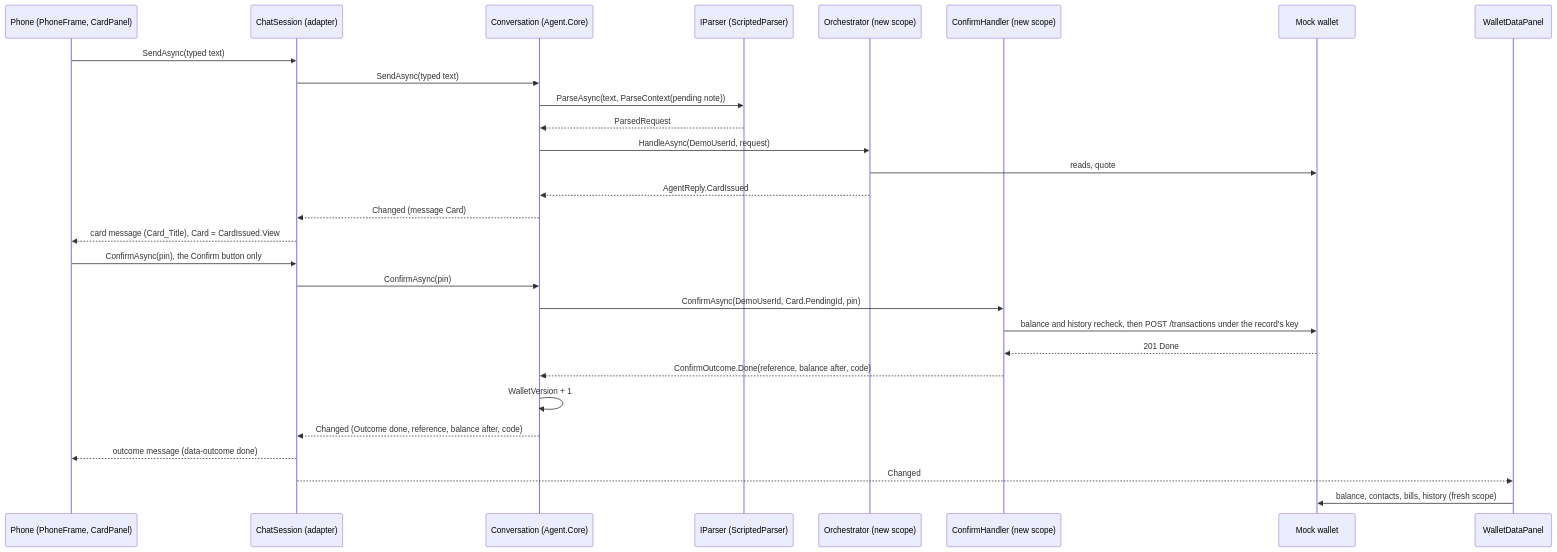
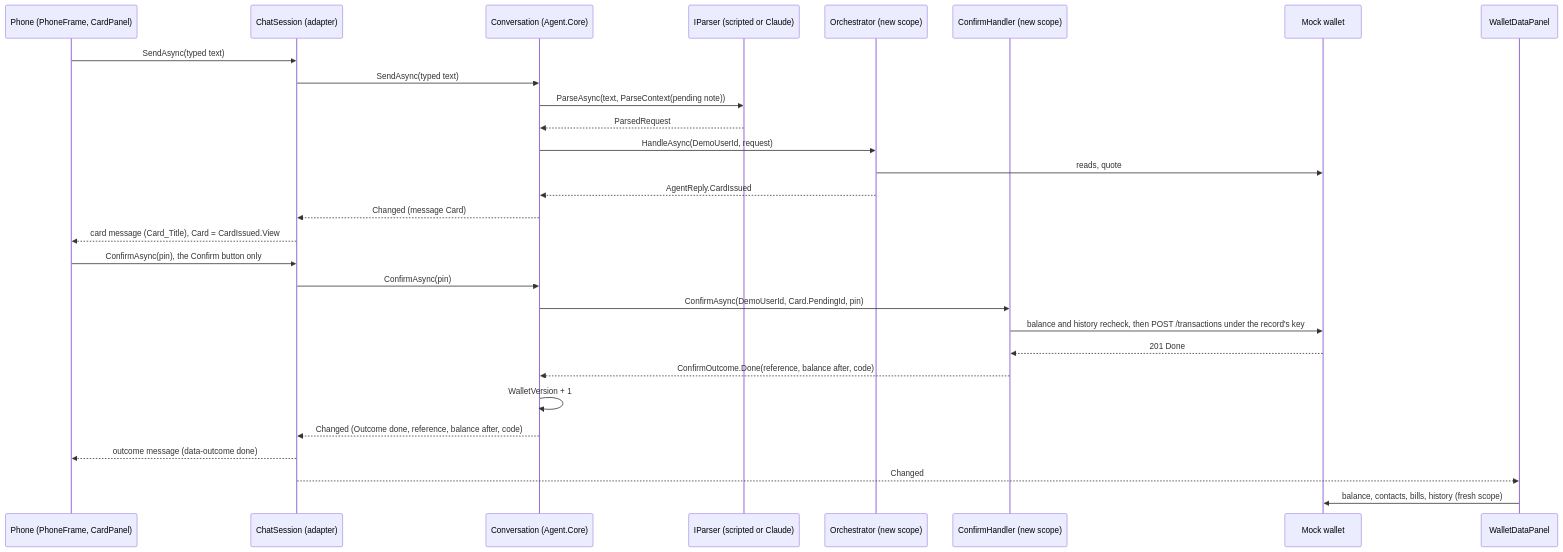
The second of 2 diagrams in docs/agent-web.md (Khalil-Alhadidi/Naqoli), drawn with Mermaid before and after one commit. The commit also changed other lines of this file and 6 other files, not shown here.

````diff
--- a/docs/agent-web.md
+++ b/docs/agent-web.md
@@ -71,32 +71,32 @@
 ```mermaid
 sequenceDiagram
     participant U as Phone (PhoneFrame, CardPanel)
     participant S as ChatSession (adapter)
     participant V as Conversation (Agent.Core)
-    participant P as IParser (ScriptedParser)
+    participant P as IParser (scripted or Claude)
     participant O as Orchestrator (new scope)
     participant C as ConfirmHandler (new scope)
     participant W as Mock wallet
     participant D as WalletDataPanel
 
     U->>S: SendAsync(typed text)
     S->>V: SendAsync(typed text)
     V->>P: ParseAsync(text, ParseContext(pending note))
     P-->>V: ParsedRequest
     V->>O: HandleAsync(DemoUserId, request)
     O->>W: reads, quote
     O-->>V: AgentReply.CardIssued
     V-->>S: Changed (message Card)
     S-->>U: card message (Card_Title), Card = CardIssued.View
     U->>S: ConfirmAsync(pin), the Confirm button only
     S->>V: ConfirmAsync(pin)
     V->>C: ConfirmAsync(DemoUserId, Card.PendingId, pin)
     C->>W: balance and history recheck, then POST /transactions under the record's key
     W-->>C: 201 Done
     C-->>V: ConfirmOutcome.Done(reference, balance after, code)
     V->>V: WalletVersion + 1
     V-->>S: Changed (Outcome done, reference, balance after, code)
     S-->>U: outcome message (data-outcome done)
     S-->>D: Changed
     D->>W: balance, contacts, bills, history (fresh scope)
 ```
````
